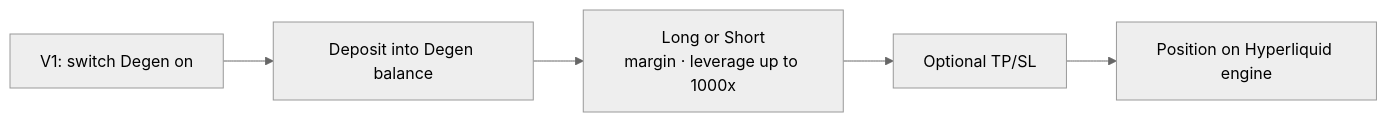
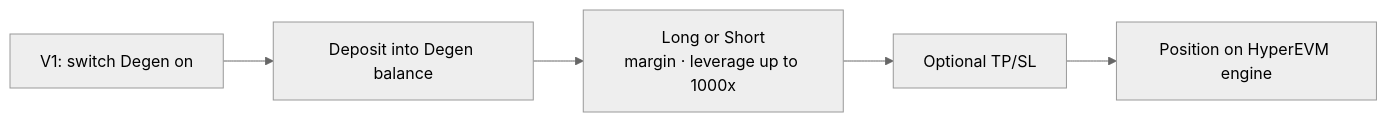
The diagram in docs/degen-mode.md (dyxy-io/perps), drawn with Mermaid (neutral theme) before and after one commit. The commit also changed other lines of this file and 3 other files, not shown here.

First line of the commit message:
Use HyperEVM instead of Hyperliquid

````diff
--- a/docs/degen-mode.md
+++ b/docs/degen-mode.md
@@ -17,7 +17,7 @@
 ```mermaid
 flowchart LR
     T[V1: switch Degen on] --> F[Deposit into Degen balance]
     F --> O[Long or Short<br/>margin · leverage up to 1000x]
     O --> R[Optional TP/SL]
-    R --> P[Position on Hyperliquid engine]
+    R --> P[Position on HyperEVM engine]
 ```
````
